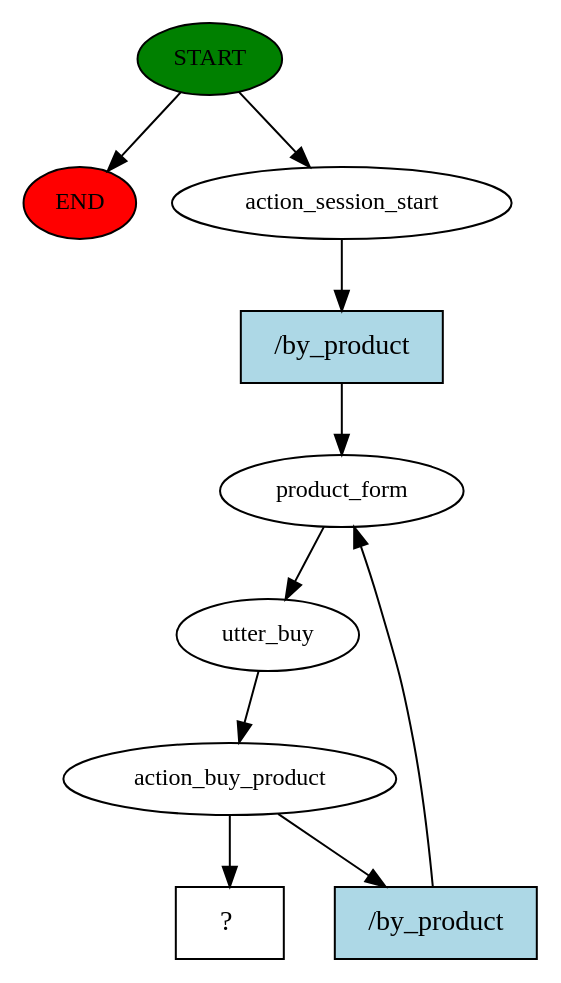
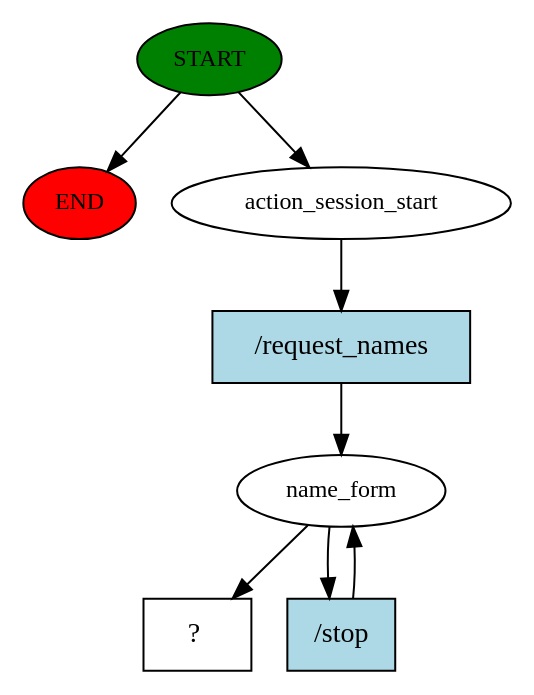
One commit to Josphatkips/blank-rasa changed the diagram in story_graph.dot. Above: the diagram before and after it, drawn with Graphviz. The commit also changed 10 other files, not shown here.

```diff
--- a/story_graph.dot
+++ b/story_graph.dot
@@ -1,20 +1,16 @@
 digraph  {
 0 [class="start active", fillcolor=green, fontsize=12, label=START, style=filled];
 "-1" [class=end, fillcolor=red, fontsize=12, label=END, style=filled];
 1 [class=active, fontsize=12, label=action_session_start];
-2 [class=active, fontsize=12, label=product_form];
-3 [class=active, fontsize=12, label=utter_buy];
-4 [class=active, fontsize=12, label=action_buy_product];
-14 [class="intent dashed active", label="  ?  ", shape=rect];
-15 [class="intent active", fillcolor=lightblue, label="/by_product", shape=rect, style=filled];
-16 [class="intent active", fillcolor=lightblue, label="/by_product", shape=rect, style=filled];
+2 [class=active, fontsize=12, label=name_form];
+4 [class="intent dashed active", label="  ?  ", shape=rect];
+5 [class="intent active", fillcolor=lightblue, label="/request_names", shape=rect, style=filled];
+6 [class="intent active", fillcolor=lightblue, label="/stop", shape=rect, style=filled];
 0 -> "-1"  [class="", key=NONE, label=""];
 0 -> 1  [class=active, key=NONE, label=""];
-1 -> 15  [class=active, key=0];
-2 -> 3  [class=active, key=NONE, label=""];
-3 -> 4  [class=active, key=NONE, label=""];
-4 -> 14  [class=active, key=NONE, label=""];
-4 -> 16  [class=active, key=0];
-15 -> 2  [class=active, key=0];
-16 -> 2  [class=active, key=0];
+1 -> 5  [class=active, key=0];
+2 -> 4  [class=active, key=NONE, label=""];
+2 -> 6  [class=active, key=0];
+5 -> 2  [class=active, key=0];
+6 -> 2  [class=active, key=0];
 }
```
